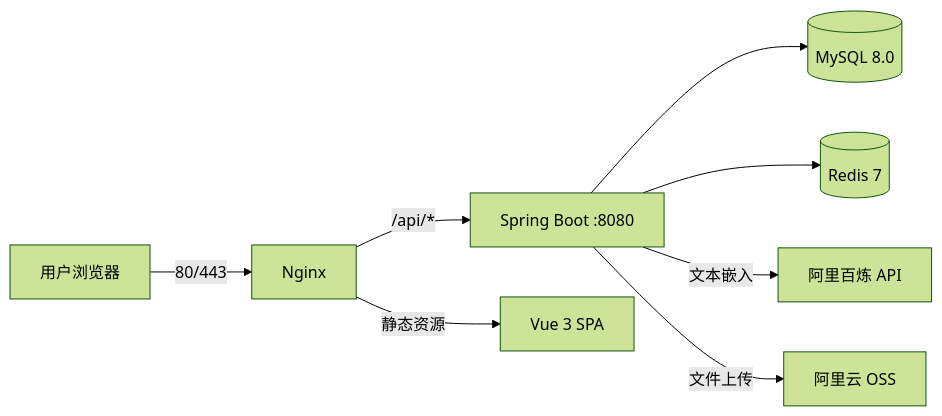
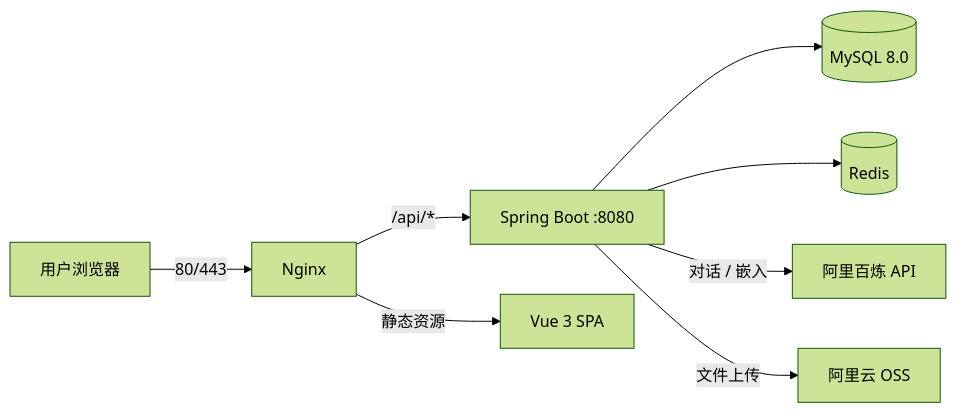
One commit to XinkiZ/Xinki-Portfolio changed the diagram in README.md. Above: the diagram before and after it, drawn with Mermaid (forest theme). The commit also changed other lines of this file, not shown here.

````diff
--- a/README.md
+++ b/README.md
@@ -22,10 +22,10 @@
 ```mermaid
 graph LR
     U[用户浏览器] -->|80/443| N[Nginx]
     N -->|/api/*| B[Spring Boot :8080]
     N -->|静态资源| V[Vue 3 SPA]
     B --> M[(MySQL 8.0)]
-    B --> R[(Redis 7)]
-    B -->|文本嵌入| D[阿里百炼 API]
+    B --> R[(Redis)]
+    B -->|对话 / 嵌入| D[阿里百炼 API]
     B -->|文件上传| O[阿里云 OSS]
 ```
````
